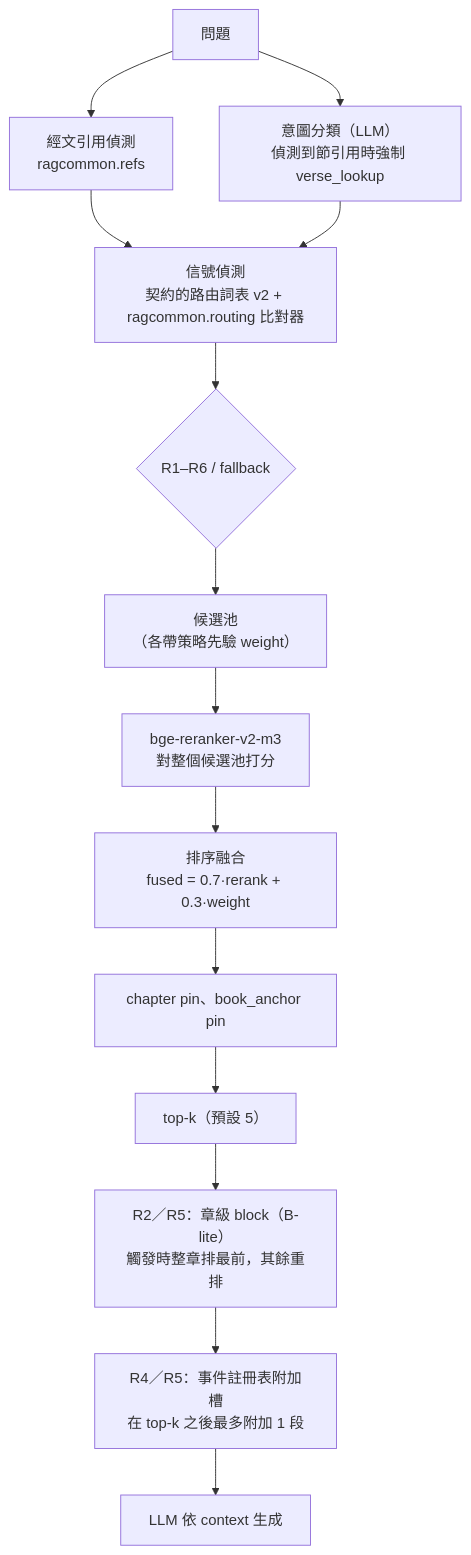
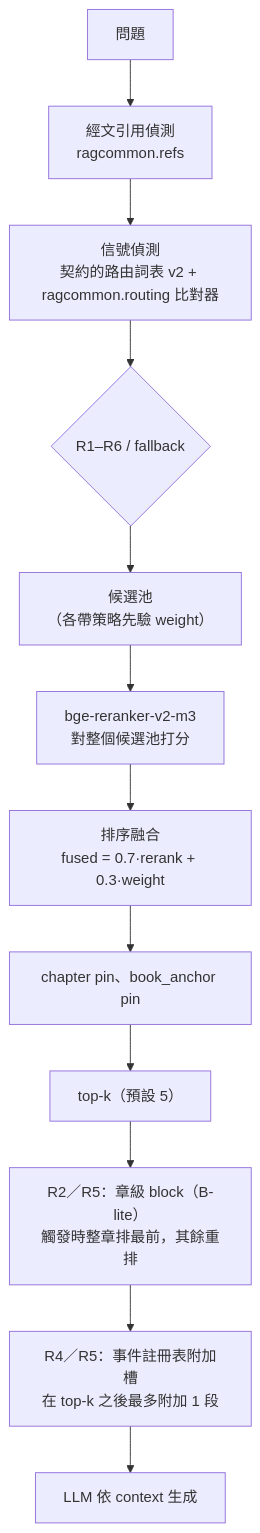
Before and after one commit to KenZx0521/Bible_RAG: the second of 3 diagrams in docs/ARCHITECTURE.md, drawn with Mermaid. The commit also changed other lines of this file and 34 other files, not shown here.

First line of the commit message:
refactor(backend): 拿掉意圖 LLM，路由只看問句的引用與詞庫

````diff
--- a/docs/ARCHITECTURE.md
+++ b/docs/ARCHITECTURE.md
@@ -196,15 +196,14 @@
 ```mermaid
 flowchart TD
     Q["問題"] --> REF["經文引用偵測<br/>ragcommon.refs"]
-    Q --> INT["意圖分類（LLM）<br/>偵測到節引用時強制 verse_lookup"]
-    REF & INT --> SIG["信號偵測<br/>契約的路由詞表 v2 + ragcommon.routing 比對器"]
+    REF --> SIG["信號偵測<br/>契約的路由詞表 v2 + ragcommon.routing 比對器"]
     SIG --> RT{"R1–R6 / fallback"}
     RT --> POOL["候選池<br/>（各帶策略先驗 weight）"]
     POOL --> RR["bge-reranker-v2-m3<br/>對整個候選池打分"]
     RR --> FUSE["排序融合<br/>fused = 0.7·rerank + 0.3·weight"]
     FUSE --> PIN["chapter pin、book_anchor pin"]
     PIN --> TOPK["top-k（預設 5）"]
     TOPK --> BLK["R2／R5：章級 block（B-lite）<br/>觸發時整章排最前，其餘重排"]
     BLK --> AUX["R4／R5：事件註冊表附加槽<br/>在 top-k 之後最多附加 1 段"]
     AUX --> GEN["LLM 依 context 生成"]
 ```
````
